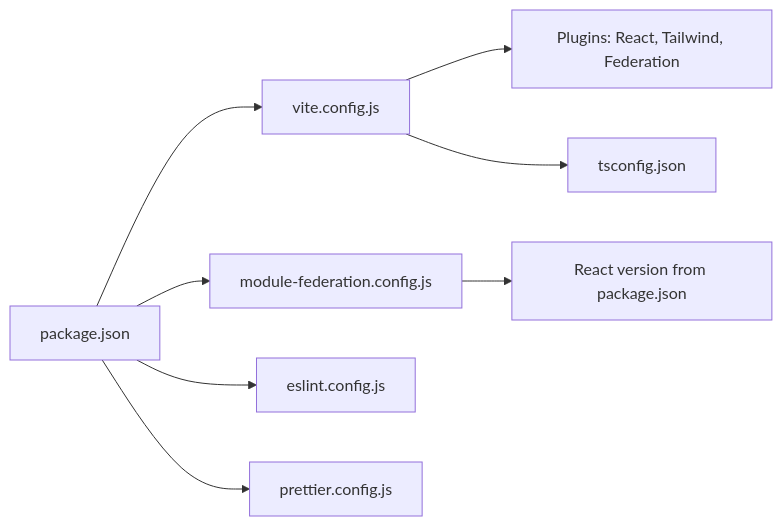
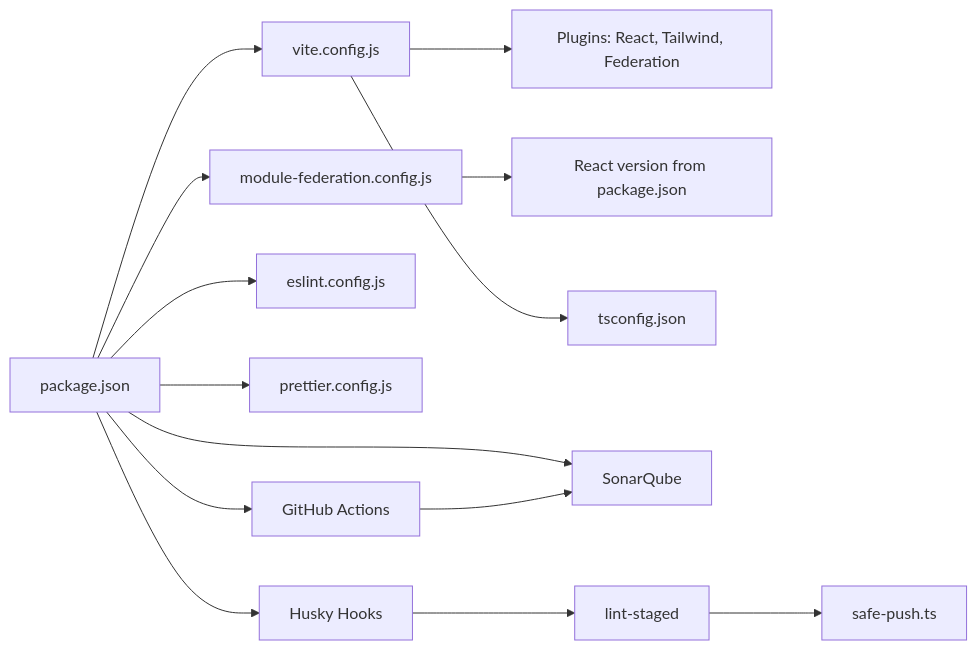
Before and after one commit to DoVuDung/cv-portfolio-builder: diagram 11 of 11 in .qoder/repowiki/en/content/Core Architecture/Build Configuration.md, drawn with Mermaid. The commit also changed other lines of this file and 26 other files, not shown here.

First line of the commit message:
docs(agent): update AI Agent System with MCP tool architecture and CV Builder integration

````diff
--- a/.qoder/repowiki/en/content/Core Architecture/Build Configuration.md
+++ b/.qoder/repowiki/en/content/Core Architecture/Build Configuration.md
@@ -306,10 +506,16 @@
 ```mermaid
 graph LR
 Pkg["package.json"] --> Vite["vite.config.js"]
 Pkg --> MFConf["module-federation.config.js"]
 Vite --> Plugins["Plugins: React, Tailwind, Federation"]
 MFConf --> ReactDep["React version from package.json"]
 Vite --> TS["tsconfig.json"]
 Pkg --> ESL["eslint.config.js"]
 Pkg --> PRET["prettier.config.js"]
+Pkg --> GA["GitHub Actions"]
+Pkg --> Husky["Husky Hooks"]
+Pkg --> SQ["SonarQube"]
+GA --> SQ
+Husky --> LS["lint-staged"]
+LS --> SP["safe-push.ts"]
 ```
````
